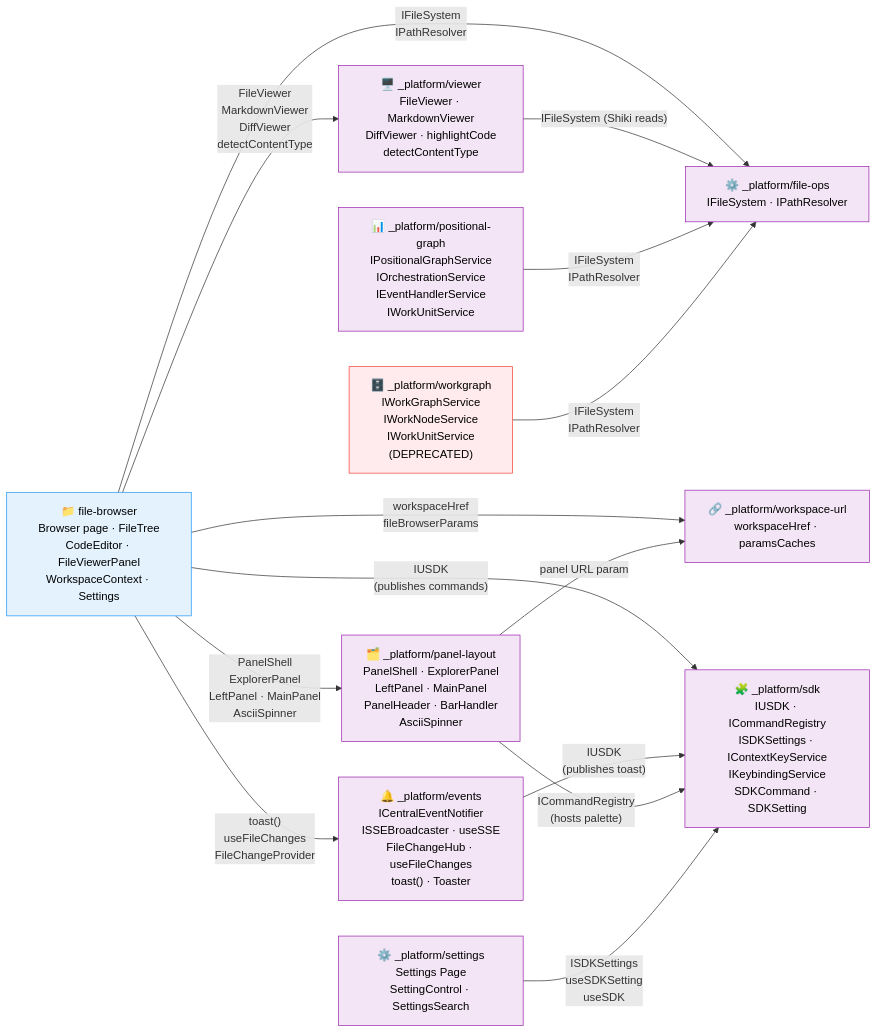
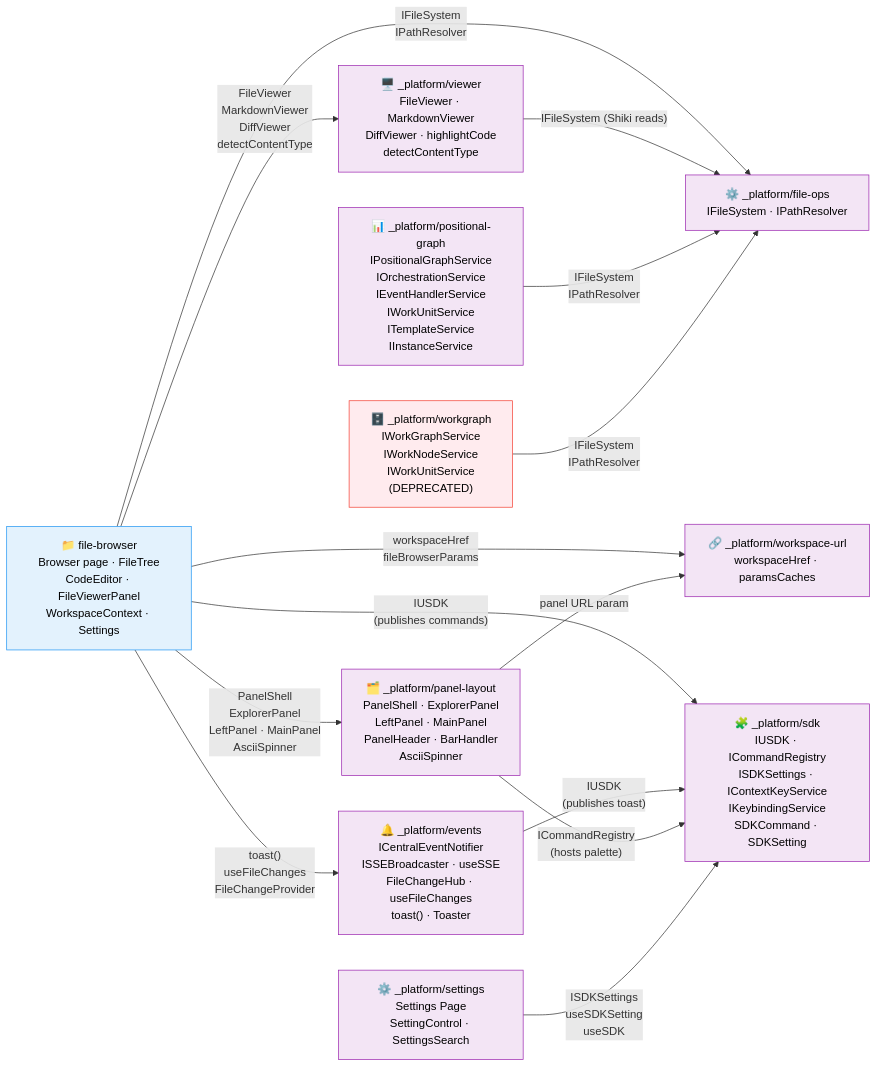
Before and after one commit to AI-Substrate/chainglass: the diagram in docs/domains/domain-map.md, drawn with Mermaid. The commit also changed other lines of this file and 6 other files, not shown here.

````diff
--- a/docs/domains/domain-map.md
+++ b/docs/domains/domain-map.md
@@ -6,41 +6,41 @@
 ```mermaid
 flowchart LR
     classDef business fill:#E3F2FD,stroke:#2196F3,color:#000
     classDef infra fill:#F3E5F5,stroke:#9C27B0,color:#000
     classDef deprecated fill:#FFEBEE,stroke:#F44336,color:#000
 
     %% Infrastructure domains
     fileOps["⚙️ _platform/file-ops<br/>IFileSystem · IPathResolver"]:::infra
     wsUrl["🔗 _platform/workspace-url<br/>workspaceHref · paramsCaches"]:::infra
     viewer["🖥️ _platform/viewer<br/>FileViewer · MarkdownViewer<br/>DiffViewer · highlightCode<br/>detectContentType"]:::infra
     events["🔔 _platform/events<br/>ICentralEventNotifier<br/>ISSEBroadcaster · useSSE<br/>FileChangeHub · useFileChanges<br/>toast() · Toaster"]:::infra
     panels["🗂️ _platform/panel-layout<br/>PanelShell · ExplorerPanel<br/>LeftPanel · MainPanel<br/>PanelHeader · BarHandler<br/>AsciiSpinner"]:::infra
     sdk["🧩 _platform/sdk<br/>IUSDK · ICommandRegistry<br/>ISDKSettings · IContextKeyService<br/>IKeybindingService<br/>SDKCommand · SDKSetting"]:::infra
     settings["⚙️ _platform/settings<br/>Settings Page<br/>SettingControl · SettingsSearch"]:::infra
-    posGraph["📊 _platform/positional-graph<br/>IPositionalGraphService<br/>IOrchestrationService<br/>IEventHandlerService<br/>IWorkUnitService"]:::infra
+    posGraph["📊 _platform/positional-graph<br/>IPositionalGraphService<br/>IOrchestrationService<br/>IEventHandlerService<br/>IWorkUnitService<br/>ITemplateService<br/>IInstanceService"]:::infra
     workgraph["🗄️ _platform/workgraph<br/>IWorkGraphService<br/>IWorkNodeService<br/>IWorkUnitService<br/>(DEPRECATED)"]:::deprecated
 
     %% Business domains
     fileBrowser["📁 file-browser<br/>Browser page · FileTree<br/>CodeEditor · FileViewerPanel<br/>WorkspaceContext · Settings"]:::business
 
     %% Contract dependencies (consumer → provider)
     fileBrowser -->|"IFileSystem<br/>IPathResolver"| fileOps
     fileBrowser -->|"workspaceHref<br/>fileBrowserParams"| wsUrl
     fileBrowser -->|"FileViewer<br/>MarkdownViewer<br/>DiffViewer<br/>detectContentType"| viewer
     fileBrowser -->|"toast()<br/>useFileChanges<br/>FileChangeProvider"| events
     fileBrowser -->|"PanelShell<br/>ExplorerPanel<br/>LeftPanel · MainPanel<br/>AsciiSpinner"| panels
     panels -->|"panel URL param"| wsUrl
     viewer -->|"IFileSystem (Shiki reads)"| fileOps
 
     %% SDK consumed by publishing domains
     fileBrowser -->|"IUSDK<br/>(publishes commands)"| sdk
     events -->|"IUSDK<br/>(publishes toast)"| sdk
     panels -->|"ICommandRegistry<br/>(hosts palette)"| sdk
     settings -->|"ISDKSettings<br/>useSDKSetting<br/>useSDK"| sdk
 
     %% Positional graph dependencies
     posGraph -->|"IFileSystem<br/>IPathResolver"| fileOps
 
     %% Legacy workgraph dependencies
     workgraph -->|"IFileSystem<br/>IPathResolver"| fileOps
 ```
````
